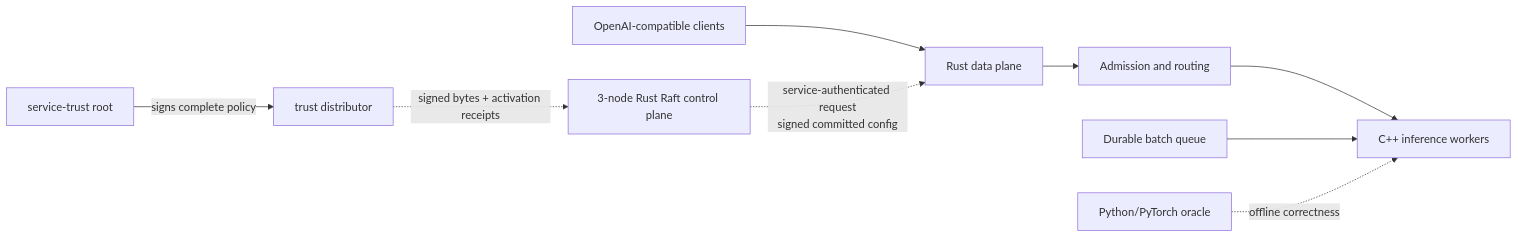
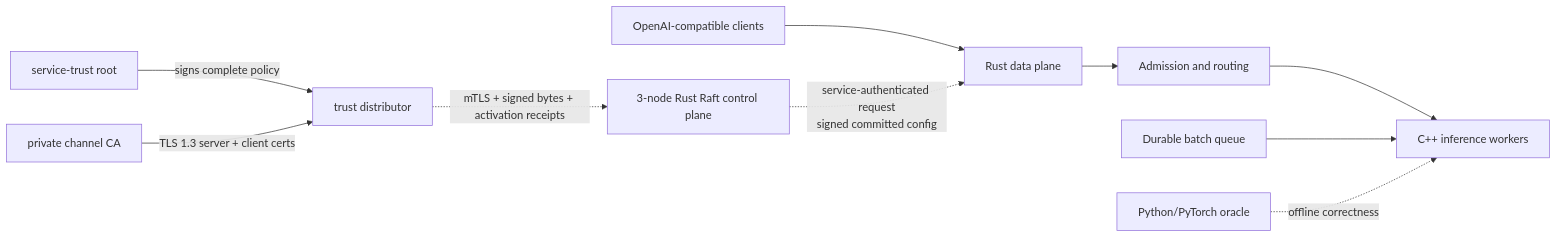
The diagram in docs/PRD.md (conan505/inferLab), drawn with Mermaid before and after one commit. The commit also changed other lines of this file and 60 other files, not shown here.

````diff
--- a/docs/PRD.md
+++ b/docs/PRD.md
@@ -353,11 +384,12 @@
 ```mermaid
 flowchart LR
     Client["OpenAI-compatible clients"] --> Gateway["Rust data plane"]
     Gateway --> Admission["Admission and routing"]
     Admission --> Workers["C++ inference workers"]
     Batch["Durable batch queue"] --> Workers
     Root["service-trust root"] -->|"signs complete policy"| Distributor["trust distributor"]
-    Distributor -. "signed bytes + activation receipts" .-> Control
+    CA["private channel CA"] -->|"TLS 1.3 server + client certs"| Distributor
+    Distributor -. "mTLS + signed bytes + activation receipts" .-> Control
     Control["3-node Rust Raft control plane"] -. "service-authenticated request<br/>signed committed config" .-> Gateway
     Ref["Python/PyTorch oracle"] -. "offline correctness" .-> Workers
 ```
````
